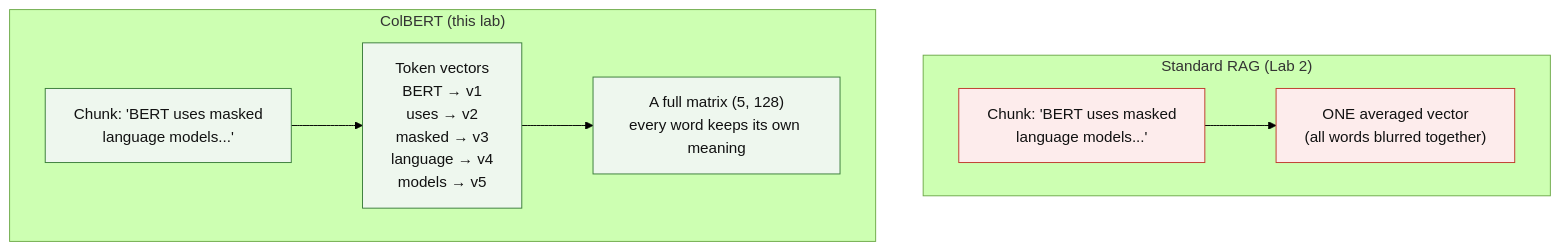
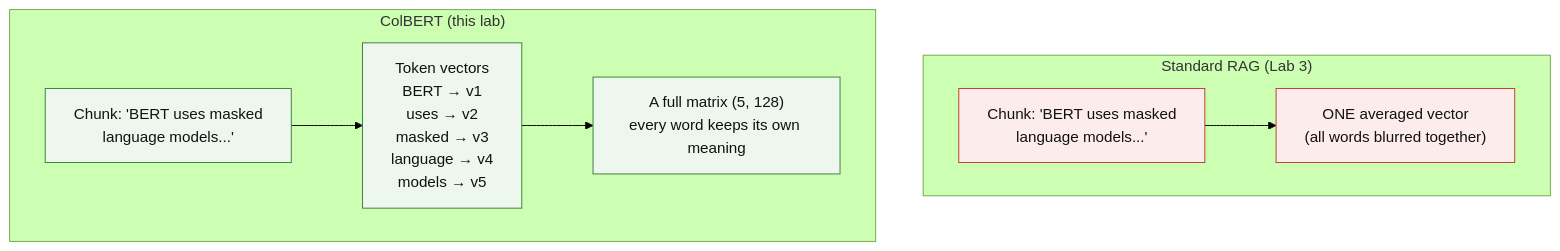
The third of 5 diagrams in RAG-Labs/MultiVector-RAG/lab2_colbert.md (CogKnowEdge-Solutions/Context-Memory-Layer), drawn with Mermaid (forest theme) before and after one commit. The commit also changed other lines of this file and 78 other files, not shown here.

Commit message:
docs: add Classical RAG lab, renumber module to 15 labs / 6 sections

````diff
--- a/RAG-Labs/MultiVector-RAG/lab2_colbert.md
+++ b/RAG-Labs/MultiVector-RAG/lab2_colbert.md
@@ -88,18 +88,18 @@
 ```mermaid
 flowchart TB
-    subgraph Standard["Standard RAG (Lab 2)"]
+    subgraph Standard["Standard RAG (Lab 3)"]
         direction LR
         C1["Chunk: 'BERT uses masked<br/>language models...'"] --> V1["ONE averaged vector<br/>(all words blurred together)"]
     end
 
     subgraph Colbert["ColBERT (this lab)"]
         direction LR
         C2["Chunk: 'BERT uses masked<br/>language models...'"] --> T["Token vectors<br/>BERT → v1<br/>uses → v2<br/>masked → v3<br/>language → v4<br/>models → v5"]
         T --> M2["A full matrix (5, 128)<br/>every word keeps its own meaning"]
     end
 
     classDef standardStyle fill:#fdecec,stroke:#c0392b,stroke-width:1px,color:#111111
     classDef colbertStyle fill:#eef7ee,stroke:#3a7d3a,stroke-width:1px,color:#111111
     class C1,V1 standardStyle
     class C2,T,M2 colbertStyle
 ```
````
